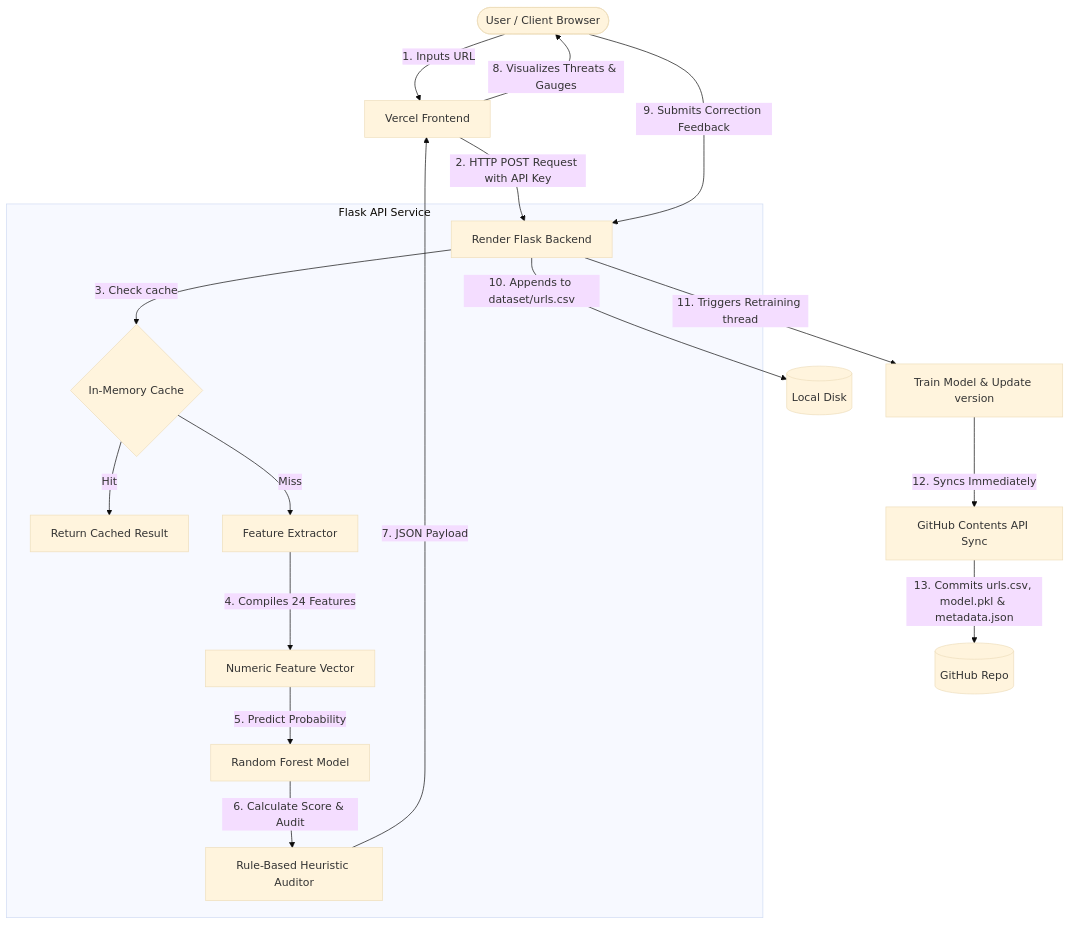
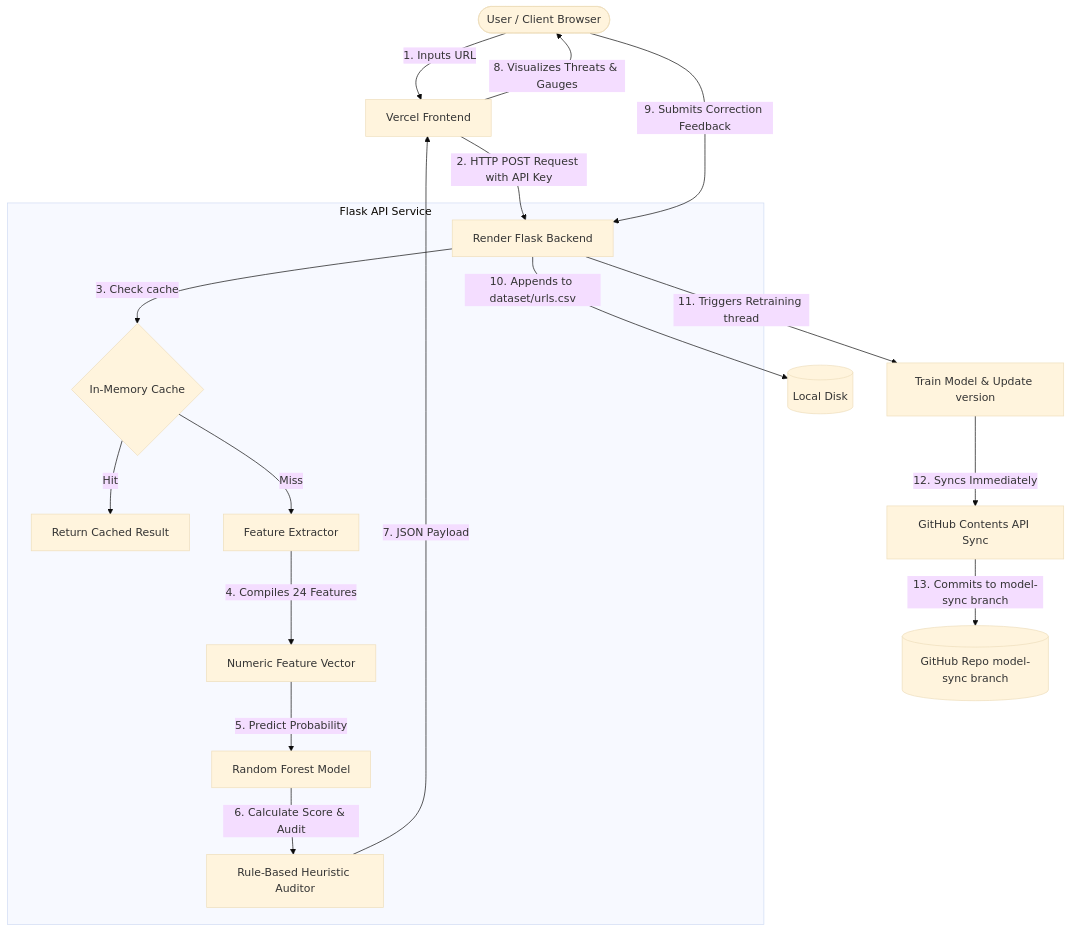
Before and after one commit to NotSoAbhinav/PhishGuard: the diagram in PROJECT_PRESENTATION_GUIDE.md, drawn with Mermaid (base theme). The commit also changed other lines of this file and 3 other files, not shown here.

Commit message:
Configure MLOps separation: push retrained models to model-sync branch

````diff
--- a/PROJECT_PRESENTATION_GUIDE.md
+++ b/PROJECT_PRESENTATION_GUIDE.md
@@ -19,25 +19,25 @@
 ```mermaid
 graph TD
     User([User / Client Browser]) -->|1. Inputs URL| UI[Vercel Frontend]
     UI -->|2. HTTP POST Request with API Key| API[Render Flask Backend]
     
     subgraph Backend [Flask API Service]
         API -->|3. Check cache| Cache{In-Memory Cache}
         Cache -->|Hit| ResCached[Return Cached Result]
         Cache -->|Miss| FE[Feature Extractor]
         
         FE -->|4. Compiles 24 Features| Vector[Numeric Feature Vector]
         Vector -->|5. Predict Probability| RF[Random Forest Model]
         RF -->|6. Calculate Score & Audit| Rules[Rule-Based Heuristic Auditor]
     end
     
     Rules -->|7. JSON Payload| UI
     UI -->|8. Visualizes Threats & Gauges| User
     
     User -->|9. Submits Correction Feedback| API
     API -->|10. Appends to dataset/urls.csv| Disk[(Local Disk)]
     API -->|11. Triggers Retraining thread| Train[Train Model & Update version]
     
     Train -->|12. Syncs Immediately| Push[GitHub Contents API Sync]
-    Push -->|13. Commits urls.csv, model.pkl & metadata.json| Git[(GitHub Repo)]
+    Push -->|13. Commits to model-sync branch| Git[(GitHub Repo model-sync branch)]
 ```
````
